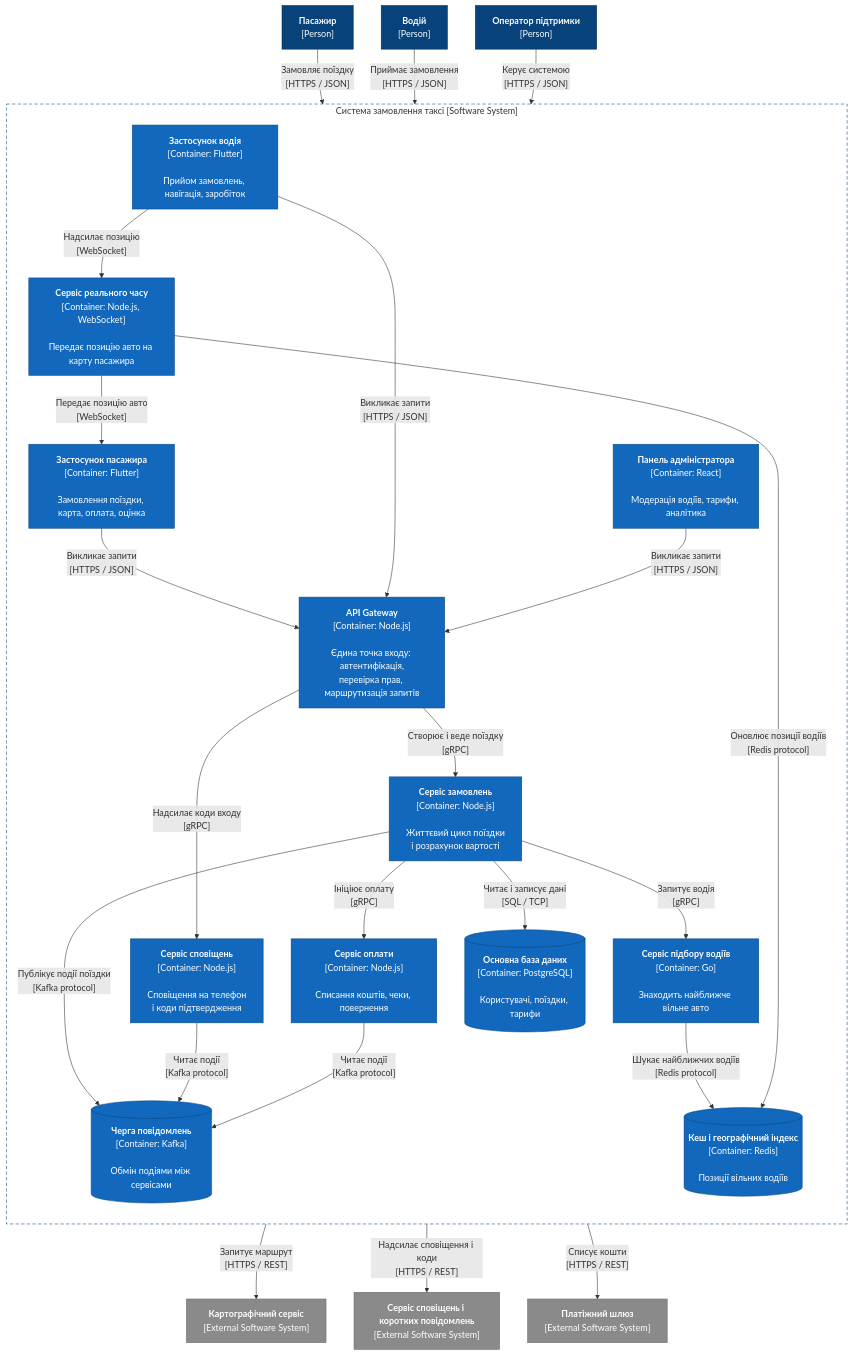
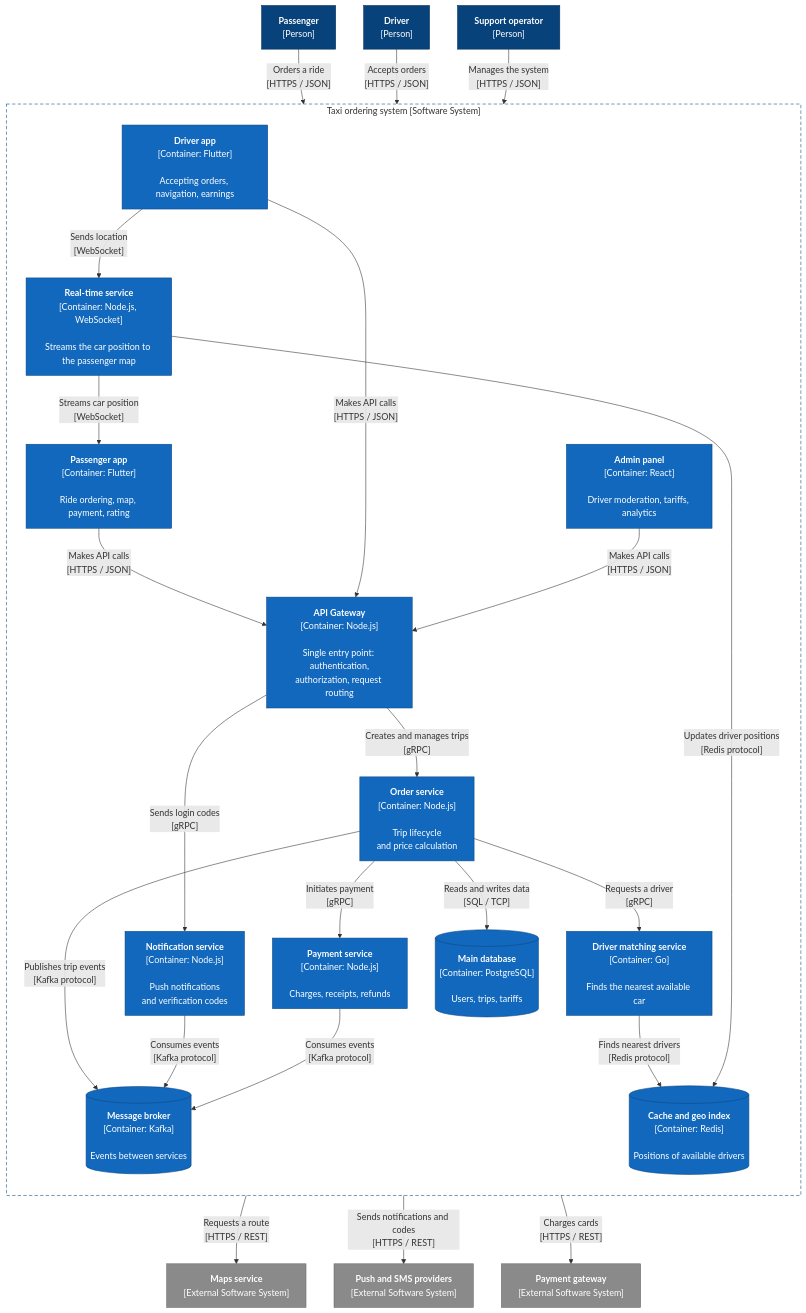
The diagram in docs/architecture/c2-containers.md (mineo71/taxi-app), drawn with Mermaid before and after one commit. The commit also changed other lines of this file and 28 other files, not shown here.

````diff
--- a/docs/architecture/c2-containers.md
+++ b/docs/architecture/c2-containers.md
@@ -7,65 +7,65 @@
 ```mermaid
 flowchart TB
-  passenger["<b>Пасажир</b><br/>[Person]"]
-  driver["<b>Водій</b><br/>[Person]"]
-  operator["<b>Оператор підтримки</b><br/>[Person]"]
+  passenger["<b>Passenger</b><br/>[Person]"]
+  driver["<b>Driver</b><br/>[Person]"]
+  operator["<b>Support operator</b><br/>[Person]"]
 
-  subgraph boundary["Система замовлення таксі [Software System]"]
+  subgraph boundary["Taxi ordering system [Software System]"]
     direction TB
-    passengerApp["<b>Застосунок пасажира</b><br/>[Container: Flutter]<br/><br/>Замовлення поїздки, карта, оплата, оцінка"]
-    driverApp["<b>Застосунок водія</b><br/>[Container: Flutter]<br/><br/>Прийом замовлень, навігація, заробіток"]
-    adminApp["<b>Панель адміністратора</b><br/>[Container: React]<br/><br/>Модерація водіїв, тарифи, аналітика"]
+    passengerApp["<b>Passenger app</b><br/>[Container: Flutter]<br/><br/>Ride ordering, map, payment, rating"]
+    driverApp["<b>Driver app</b><br/>[Container: Flutter]<br/><br/>Accepting orders, navigation, earnings"]
+    adminApp["<b>Admin panel</b><br/>[Container: React]<br/><br/>Driver moderation, tariffs, analytics"]
 
-    gateway["<b>API Gateway</b><br/>[Container: Node.js]<br/><br/>Єдина точка входу: автентифікація,<br/>перевірка прав, маршрутизація запитів"]
-    realtime["<b>Сервіс реального часу</b><br/>[Container: Node.js, WebSocket]<br/><br/>Передає позицію авто на карту пасажира"]
+    gateway["<b>API Gateway</b><br/>[Container: Node.js]<br/><br/>Single entry point: authentication,<br/>authorization, request routing"]
+    realtime["<b>Real-time service</b><br/>[Container: Node.js, WebSocket]<br/><br/>Streams the car position to the passenger map"]
 
-    orders["<b>Сервіс замовлень</b><br/>[Container: Node.js]<br/><br/>Життєвий цикл поїздки<br/>і розрахунок вартості"]
-    matching["<b>Сервіс підбору водіїв</b><br/>[Container: Go]<br/><br/>Знаходить найближче вільне авто"]
-    payment["<b>Сервіс оплати</b><br/>[Container: Node.js]<br/><br/>Списання коштів, чеки, повернення"]
-    notify["<b>Сервіс сповіщень</b><br/>[Container: Node.js]<br/><br/>Сповіщення на телефон<br/>і коди підтвердження"]
+    orders["<b>Order service</b><br/>[Container: Node.js]<br/><br/>Trip lifecycle<br/>and price calculation"]
+    matching["<b>Driver matching service</b><br/>[Container: Go]<br/><br/>Finds the nearest available car"]
+    payment["<b>Payment service</b><br/>[Container: Node.js]<br/><br/>Charges, receipts, refunds"]
+    notify["<b>Notification service</b><br/>[Container: Node.js]<br/><br/>Push notifications<br/>and verification codes"]
 
-    db[("<b>Основна база даних</b><br/>[Container: PostgreSQL]<br/><br/>Користувачі, поїздки, тарифи")]
-    redis[("<b>Кеш і географічний індекс</b><br/>[Container: Redis]<br/><br/>Позиції вільних водіїв")]
-    kafka[("<b>Черга повідомлень</b><br/>[Container: Kafka]<br/><br/>Обмін подіями між сервісами")]
+    db[("<b>Main database</b><br/>[Container: PostgreSQL]<br/><br/>Users, trips, tariffs")]
+    redis[("<b>Cache and geo index</b><br/>[Container: Redis]<br/><br/>Positions of available drivers")]
+    kafka[("<b>Message broker</b><br/>[Container: Kafka]<br/><br/>Events between services")]
   end
 
-  maps["<b>Картографічний сервіс</b><br/>[External Software System]"]
-  smsPush["<b>Сервіс сповіщень і коротких повідомлень</b><br/>[External Software System]"]
-  gatewayPay["<b>Платіжний шлюз</b><br/>[External Software System]"]
+  maps["<b>Maps service</b><br/>[External Software System]"]
+  smsPush["<b>Push and SMS providers</b><br/>[External Software System]"]
+  gatewayPay["<b>Payment gateway</b><br/>[External Software System]"]
 
-  passenger -- "Замовляє поїздку<br/>[HTTPS / JSON]" --> passengerApp
-  driver -- "Приймає замовлення<br/>[HTTPS / JSON]" --> driverApp
-  operator -- "Керує системою<br/>[HTTPS / JSON]" --> adminApp
+  passenger -- "Orders a ride<br/>[HTTPS / JSON]" --> passengerApp
+  driver -- "Accepts orders<br/>[HTTPS / JSON]" --> driverApp
+  operator -- "Manages the system<br/>[HTTPS / JSON]" --> adminApp
 
-  passengerApp -- "Викликає запити<br/>[HTTPS / JSON]" --> gateway
-  driverApp -- "Викликає запити<br/>[HTTPS / JSON]" --> gateway
-  adminApp -- "Викликає запити<br/>[HTTPS / JSON]" --> gateway
-  driverApp -- "Надсилає позицію<br/>[WebSocket]" --> realtime
-  realtime -- "Передає позицію авто<br/>[WebSocket]" --> passengerApp
+  passengerApp -- "Makes API calls<br/>[HTTPS / JSON]" --> gateway
+  driverApp -- "Makes API calls<br/>[HTTPS / JSON]" --> gateway
+  adminApp -- "Makes API calls<br/>[HTTPS / JSON]" --> gateway
+  driverApp -- "Sends location<br/>[WebSocket]" --> realtime
+  realtime -- "Streams car position<br/>[WebSocket]" --> passengerApp
 
-  gateway -- "Створює і веде поїздку<br/>[gRPC]" --> orders
-  gateway -- "Надсилає коди входу<br/>[gRPC]" --> notify
-  orders -- "Запитує водія<br/>[gRPC]" --> matching
-  orders -- "Ініціює оплату<br/>[gRPC]" --> payment
+  gateway -- "Creates and manages trips<br/>[gRPC]" --> orders
+  gateway -- "Sends login codes<br/>[gRPC]" --> notify
+  orders -- "Requests a driver<br/>[gRPC]" --> matching
+  orders -- "Initiates payment<br/>[gRPC]" --> payment
 
-  orders -- "Читає і записує дані<br/>[SQL / TCP]" --> db
-  orders -- "Публікує події поїздки<br/>[Kafka protocol]" --> kafka
-  matching -- "Шукає найближчих водіїв<br/>[Redis protocol]" --> redis
-  realtime -- "Оновлює позиції водіїв<br/>[Redis protocol]" --> redis
-  notify -- "Читає події<br/>[Kafka protocol]" --> kafka
-  payment -- "Читає події<br/>[Kafka protocol]" --> kafka
+  orders -- "Reads and writes data<br/>[SQL / TCP]" --> db
+  orders -- "Publishes trip events<br/>[Kafka protocol]" --> kafka
+  matching -- "Finds nearest drivers<br/>[Redis protocol]" --> redis
+  realtime -- "Updates driver positions<br/>[Redis protocol]" --> redis
+  notify -- "Consumes events<br/>[Kafka protocol]" --> kafka
+  payment -- "Consumes events<br/>[Kafka protocol]" --> kafka
 
-  orders -- "Запитує маршрут<br/>[HTTPS / REST]" --> maps
-  notify -- "Надсилає сповіщення і коди<br/>[HTTPS / REST]" --> smsPush
-  payment -- "Списує кошти<br/>[HTTPS / REST]" --> gatewayPay
+  orders -- "Requests a route<br/>[HTTPS / REST]" --> maps
+  notify -- "Sends notifications and codes<br/>[HTTPS / REST]" --> smsPush
+  payment -- "Charges cards<br/>[HTTPS / REST]" --> gatewayPay
 
   classDef person fill:#08427b,stroke:#052e56,color:#ffffff
   classDef container fill:#1168bd,stroke:#0b4884,color:#ffffff
   classDef store fill:#1168bd,stroke:#0b4884,color:#ffffff
   classDef external fill:#8a8a8a,stroke:#6b6b6b,color:#ffffff
   class passenger,driver,operator person
   class passengerApp,driverApp,adminApp,gateway,realtime,orders,matching,payment,notify container
   class db,redis,kafka store
   class maps,smsPush,gatewayPay external
   style boundary fill:none,stroke:#0b4884,stroke-dasharray:6 4
 ```
````
